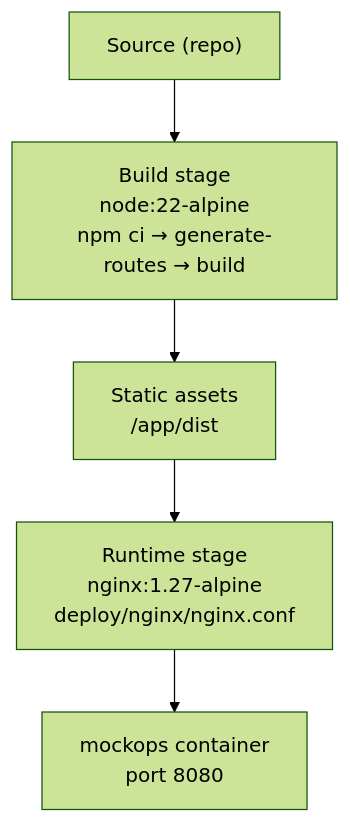
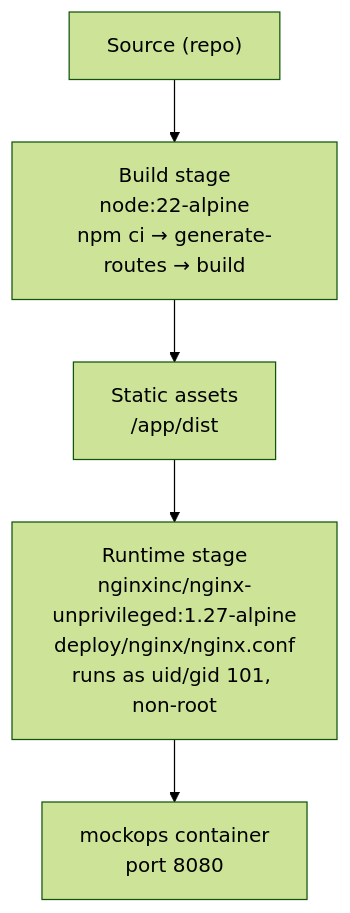
One commit to ahimsarijalu/mockops changed the diagram in docs/deployment/docker.md. Above: the diagram before and after it, drawn with Mermaid (forest theme). The commit also changed other lines of this file, not shown here.

First line of the commit message:
docs: sync docker.md's runtime-stage docs with the actual non-root Dockerfile

````diff
--- a/docs/deployment/docker.md
+++ b/docs/deployment/docker.md
@@ -6,10 +6,10 @@
 ```mermaid
 flowchart TD
     Src["Source (repo)"]
     Build["Build stage<br/>node:22-alpine<br/>npm ci → generate-routes → build"]
     Assets["Static assets<br/>/app/dist"]
-    Runtime["Runtime stage<br/>nginx:1.27-alpine<br/>deploy/nginx/nginx.conf"]
+    Runtime["Runtime stage<br/>nginxinc/nginx-unprivileged:1.27-alpine<br/>deploy/nginx/nginx.conf<br/>runs as uid/gid 101, non-root"]
     Container["mockops container<br/>port 8080"]
 
     Src --> Build --> Assets --> Runtime --> Container
 ```
````
